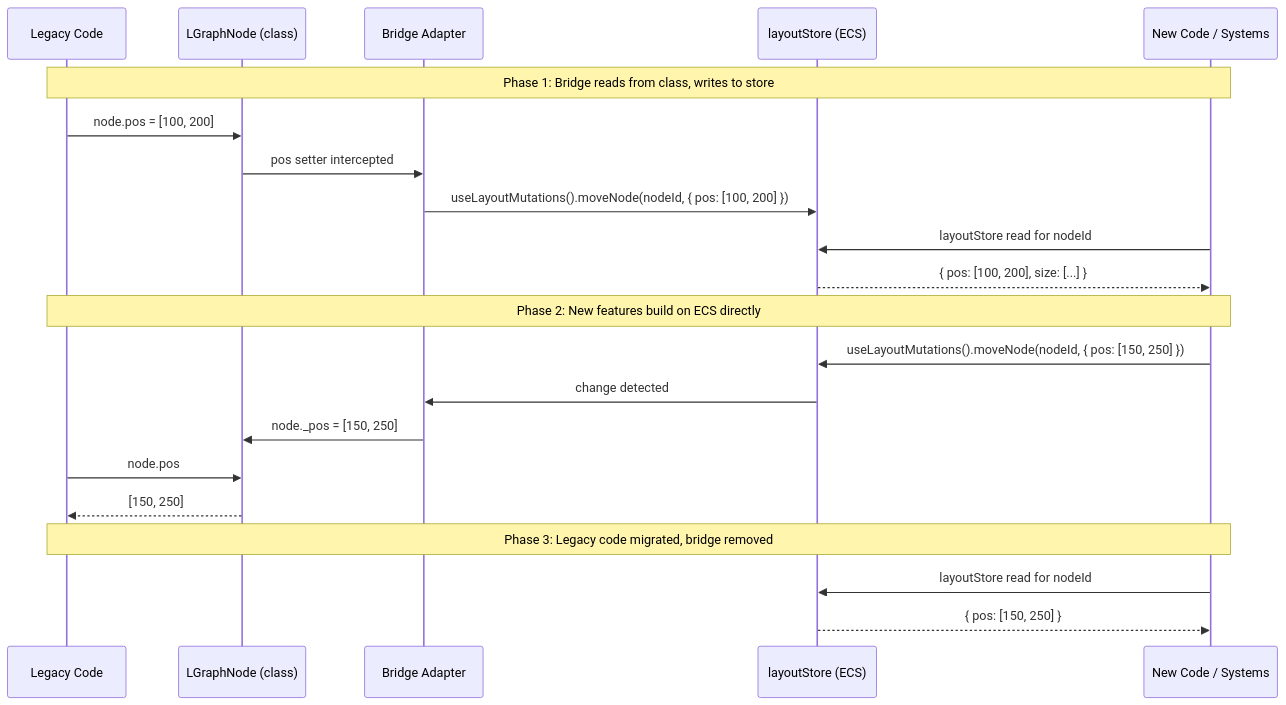
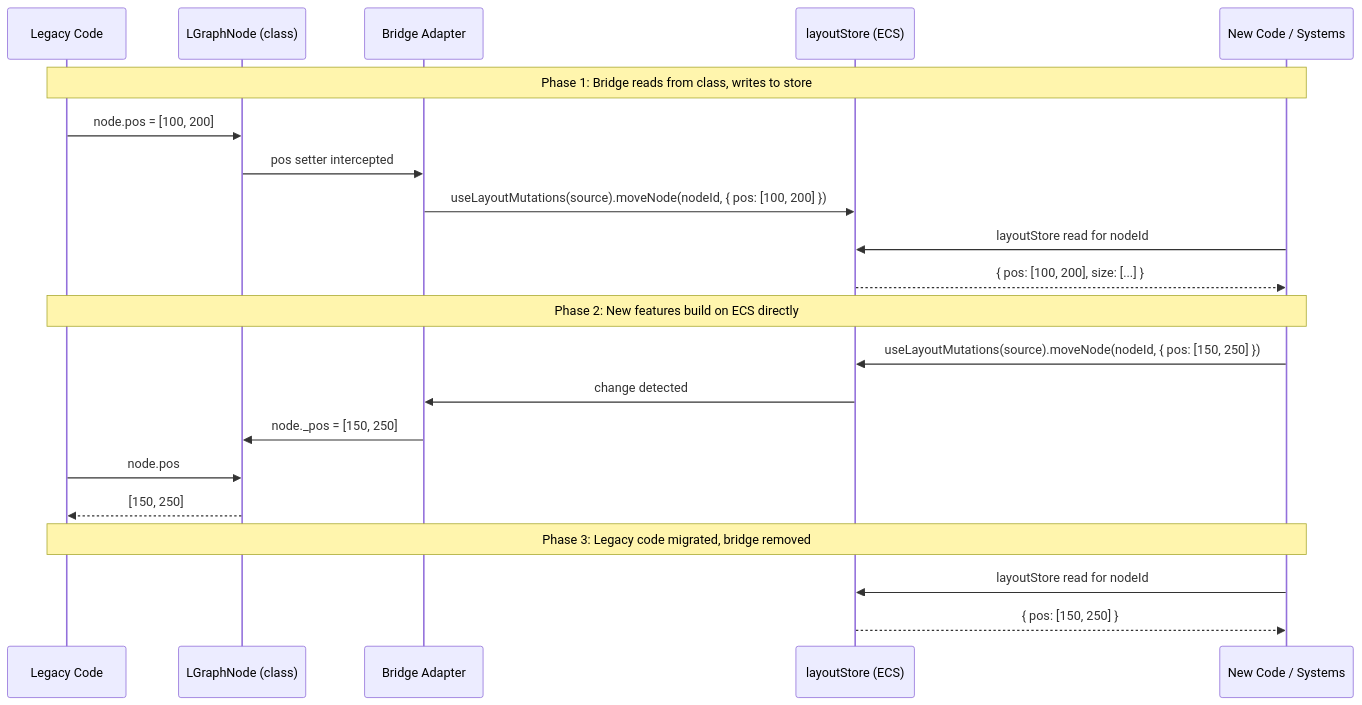
Before and after one commit to Comfy-Org/ComfyUI_frontend: diagram 11 of 12 in docs/architecture/ecs-target-architecture.md, drawn with Mermaid. The commit also changed 20 other files, not shown here.

````diff
--- a/docs/architecture/ecs-target-architecture.md
+++ b/docs/architecture/ecs-target-architecture.md
@@ -517,30 +517,30 @@
 ```mermaid
 sequenceDiagram
     participant Legacy as Legacy Code
     participant Class as LGraphNode (class)
     participant Bridge as Bridge Adapter
     participant Store as layoutStore (ECS)
     participant New as New Code / Systems
 
     Note over Legacy,New: Phase 1: Bridge reads from class, writes to store
 
     Legacy->>Class: node.pos = [100, 200]
     Class->>Bridge: pos setter intercepted
-    Bridge->>Store: useLayoutMutations().moveNode(nodeId, { pos: [100, 200] })
+    Bridge->>Store: useLayoutMutations(source).moveNode(nodeId, { pos: [100, 200] })
 
     New->>Store: layoutStore read for nodeId
     Store-->>New: { pos: [100, 200], size: [...] }
 
     Note over Legacy,New: Phase 2: New features build on ECS directly
 
-    New->>Store: useLayoutMutations().moveNode(nodeId, { pos: [150, 250] })
+    New->>Store: useLayoutMutations(source).moveNode(nodeId, { pos: [150, 250] })
     Store->>Bridge: change detected
     Bridge->>Class: node._pos = [150, 250]
     Legacy->>Class: node.pos
     Class-->>Legacy: [150, 250]
 
     Note over Legacy,New: Phase 3: Legacy code migrated, bridge removed
 
     New->>Store: layoutStore read for nodeId
     Store-->>New: { pos: [150, 250] }
 ```
````
